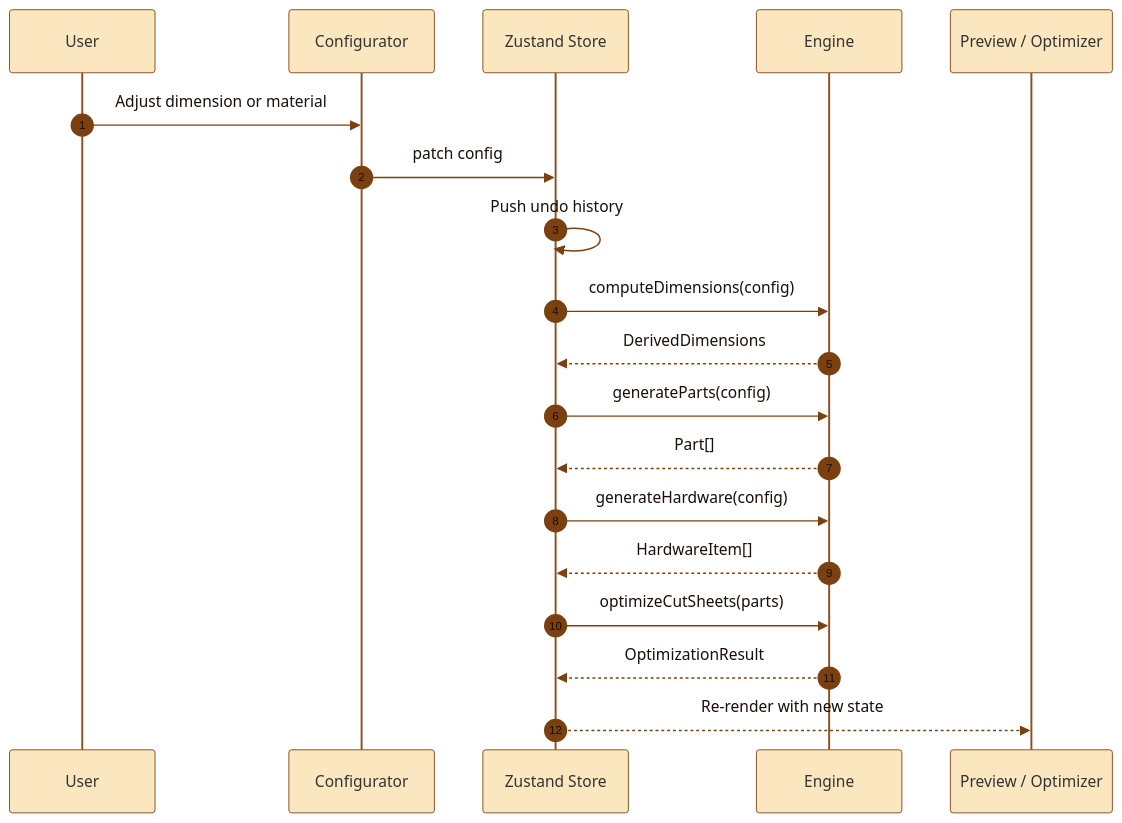
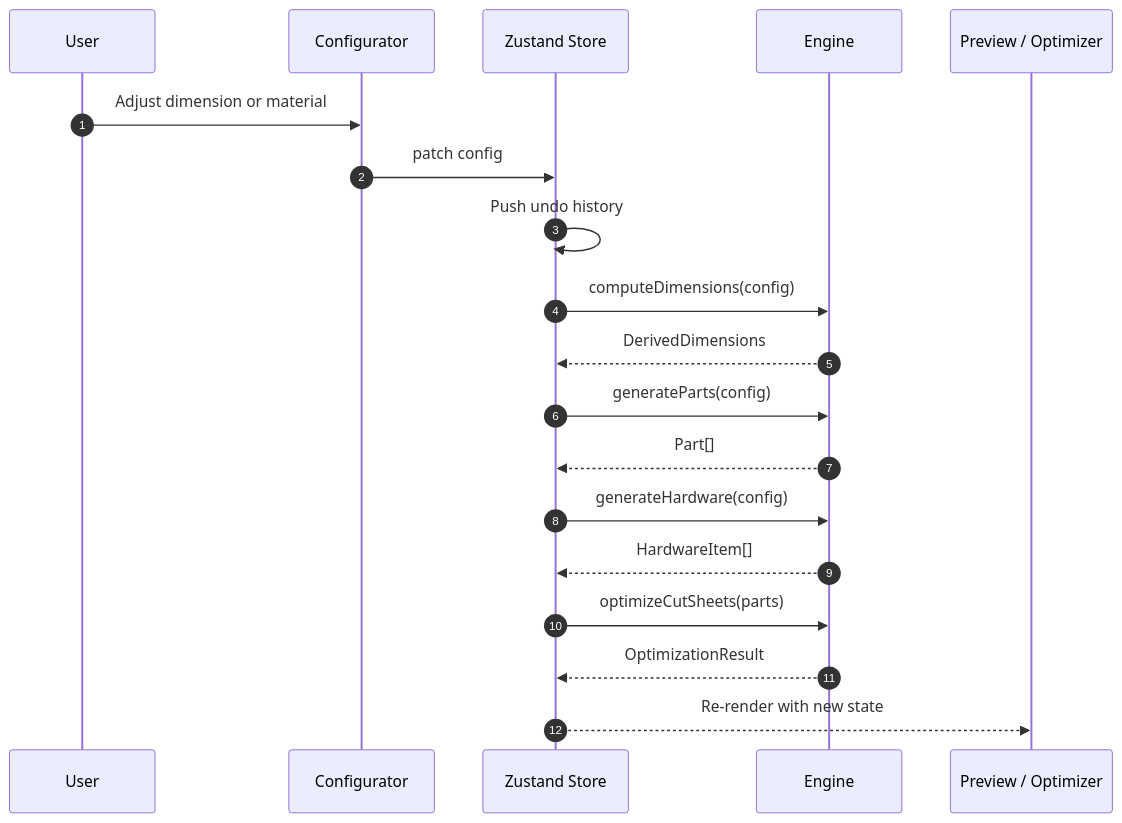
One commit to RajwanYair/WoodworkingShop changed the third of 8 diagrams in docs/ARCHITECTURE.md. Above: the diagram before and after it, drawn with Mermaid. The commit also changed other lines of this file and 2 other files, not shown here.

First line of the commit message:
docs(md-audit): slim ROADMAP −263L, strip ARCHITECTURE Mermaid init blocks, add AGENTS.md

````diff
--- a/docs/ARCHITECTURE.md
+++ b/docs/ARCHITECTURE.md
@@ -256,23 +263,22 @@
 ```mermaid
-%%{init: {'theme': 'base', 'themeVariables': {'primaryColor': '#f0b040', 'primaryBorderColor': '#8b5022', 'actorBkg': '#fae7c0', 'actorBorder': '#8b5022', 'activationBkgColor': '#f0b040', 'activationBorderColor': '#8b5022', 'sequenceNumberColor': '#1a0e06', 'signalColor': '#7a4010', 'signalTextColor': '#1a0e06'}}}%%
 sequenceDiagram
   autonumber
   participant U as User
   participant C as Configurator
   participant S as Zustand Store
   participant E as Engine
   participant V as Preview / Optimizer
 
   U->>C: Adjust dimension or material
   C->>S: patch config
   S->>S: Push undo history
   S->>E: computeDimensions(config)
   E-->>S: DerivedDimensions
   S->>E: generateParts(config)
   E-->>S: Part[]
   S->>E: generateHardware(config)
   E-->>S: HardwareItem[]
   S->>E: optimizeCutSheets(parts)
   E-->>S: OptimizationResult
   S-->>V: Re-render with new state
 ```
````
